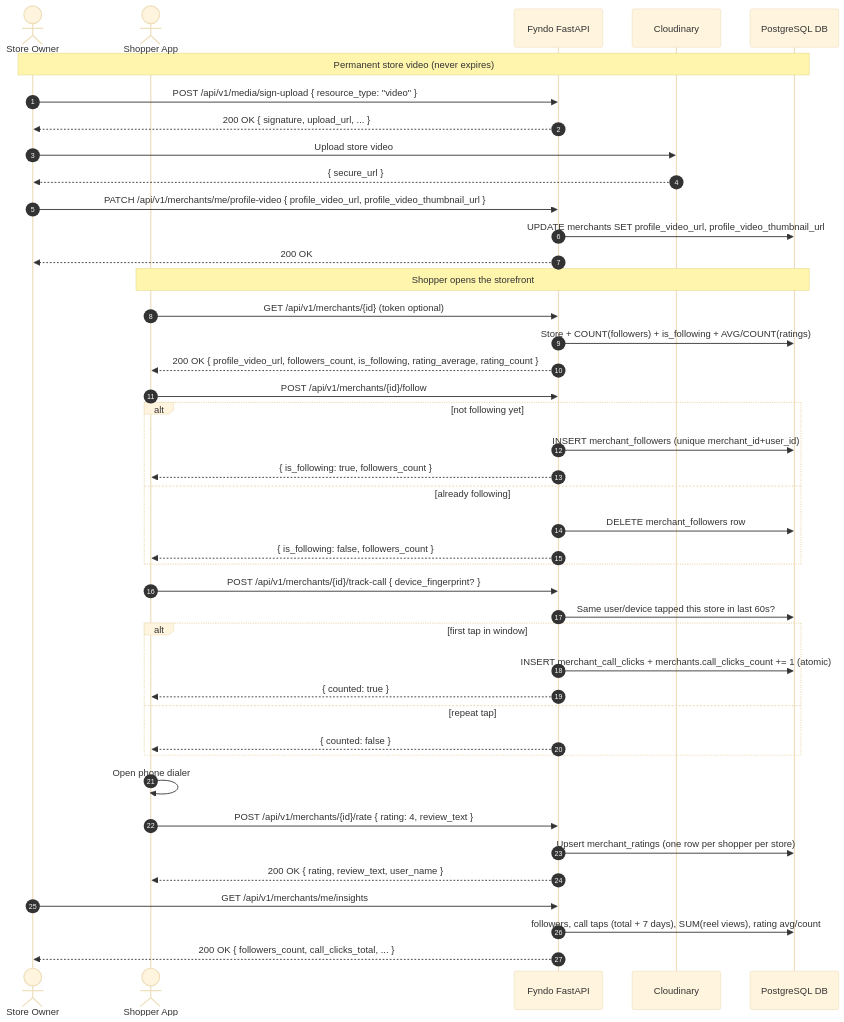
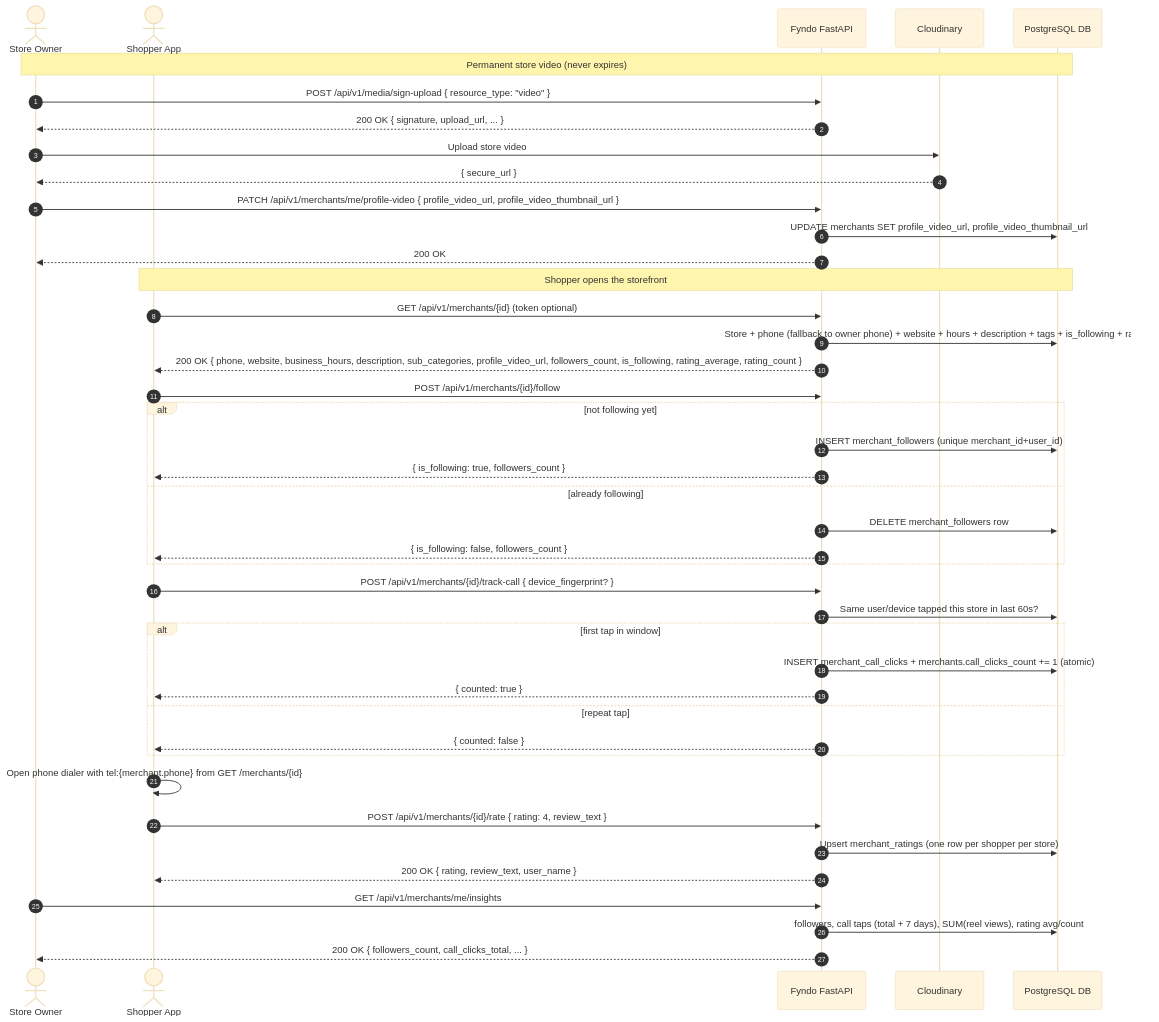
Before and after one commit to sudarshankakde/Fyndo: the seventh of 11 diagrams in backend/docs/backend_schema_and_flow_guide.md, drawn with Mermaid (base theme). The commit also changed other lines of this file and 18 other files, not shown here.

Commit message:
feat(backend): reel processing with audio mixing, shopper feed connectivity, and merchant public profile enhancement

````diff
--- a/backend/docs/backend_schema_and_flow_guide.md
+++ b/backend/docs/backend_schema_and_flow_guide.md
@@ -446,50 +482,50 @@
 ```mermaid
 sequenceDiagram
     autonumber
     actor Owner as Store Owner
     actor Shopper as Shopper App
     participant API as Fyndo FastAPI
     participant Cloudinary as Cloudinary
     participant DB as PostgreSQL DB
 
     Note over Owner, DB: Permanent store video (never expires)
     Owner->>API: POST /api/v1/media/sign-upload { resource_type: "video" }
     API-->>Owner: 200 OK { signature, upload_url, ... }
     Owner->>Cloudinary: Upload store video
     Cloudinary-->>Owner: { secure_url }
     Owner->>API: PATCH /api/v1/merchants/me/profile-video { profile_video_url, profile_video_thumbnail_url }
     API->>DB: UPDATE merchants SET profile_video_url, profile_video_thumbnail_url
     API-->>Owner: 200 OK
 
     Note over Shopper, DB: Shopper opens the storefront
     Shopper->>API: GET /api/v1/merchants/{id} (token optional)
-    API->>DB: Store + COUNT(followers) + is_following + AVG/COUNT(ratings)
-    API-->>Shopper: 200 OK { profile_video_url, followers_count, is_following, rating_average, rating_count }
+    API->>DB: Store + phone (fallback to owner phone) + website + hours + description + tags + is_following + ratings
+    API-->>Shopper: 200 OK { phone, website, business_hours, description, sub_categories, profile_video_url, followers_count, is_following, rating_average, rating_count }
 
     Shopper->>API: POST /api/v1/merchants/{id}/follow
     alt not following yet
         API->>DB: INSERT merchant_followers (unique merchant_id+user_id)
         API-->>Shopper: { is_following: true, followers_count }
     else already following
         API->>DB: DELETE merchant_followers row
         API-->>Shopper: { is_following: false, followers_count }
     end
 
     Shopper->>API: POST /api/v1/merchants/{id}/track-call { device_fingerprint? }
     API->>DB: Same user/device tapped this store in last 60s?
     alt first tap in window
         API->>DB: INSERT merchant_call_clicks + merchants.call_clicks_count += 1 (atomic)
         API-->>Shopper: { counted: true }
     else repeat tap
         API-->>Shopper: { counted: false }
     end
-    Shopper->>Shopper: Open phone dialer
+    Shopper->>Shopper: Open phone dialer with tel:{merchant.phone} from GET /merchants/{id}
 
     Shopper->>API: POST /api/v1/merchants/{id}/rate { rating: 4, review_text }
     API->>DB: Upsert merchant_ratings (one row per shopper per store)
     API-->>Shopper: 200 OK { rating, review_text, user_name }
 
     Owner->>API: GET /api/v1/merchants/me/insights
     API->>DB: followers, call taps (total + 7 days), SUM(reel views), rating avg/count
     API-->>Owner: 200 OK { followers_count, call_clicks_total, ... }
 ```
````
